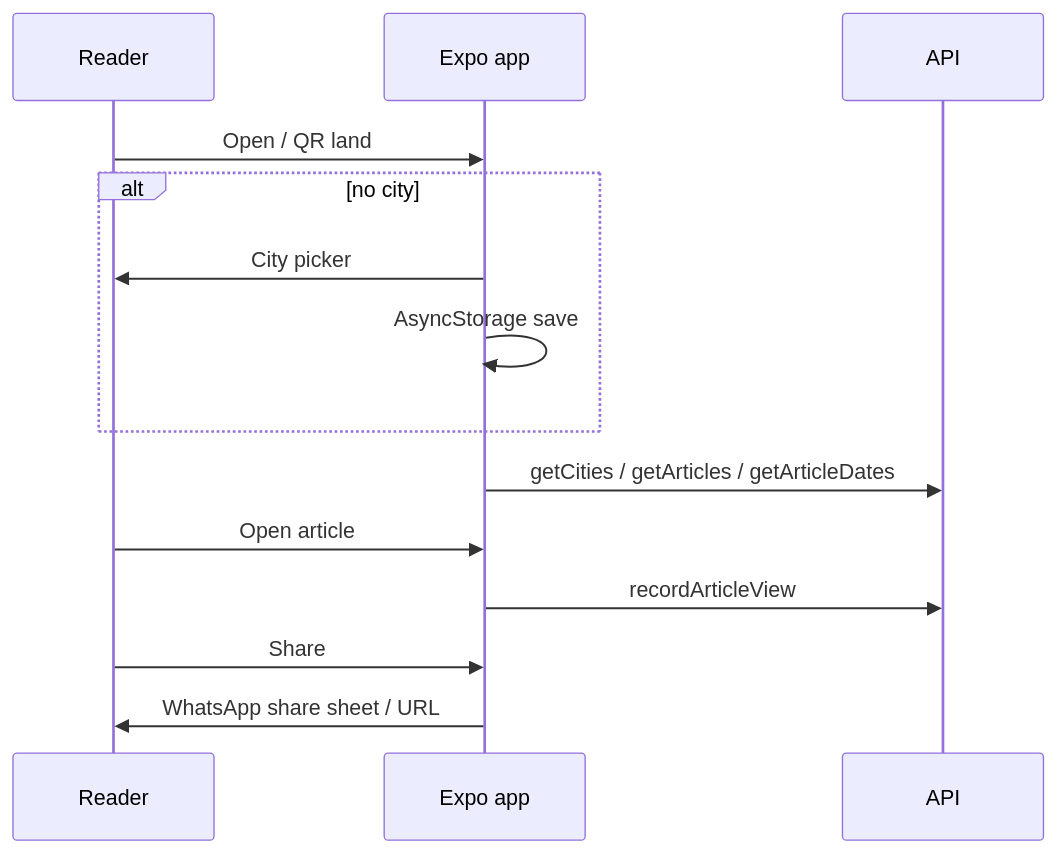
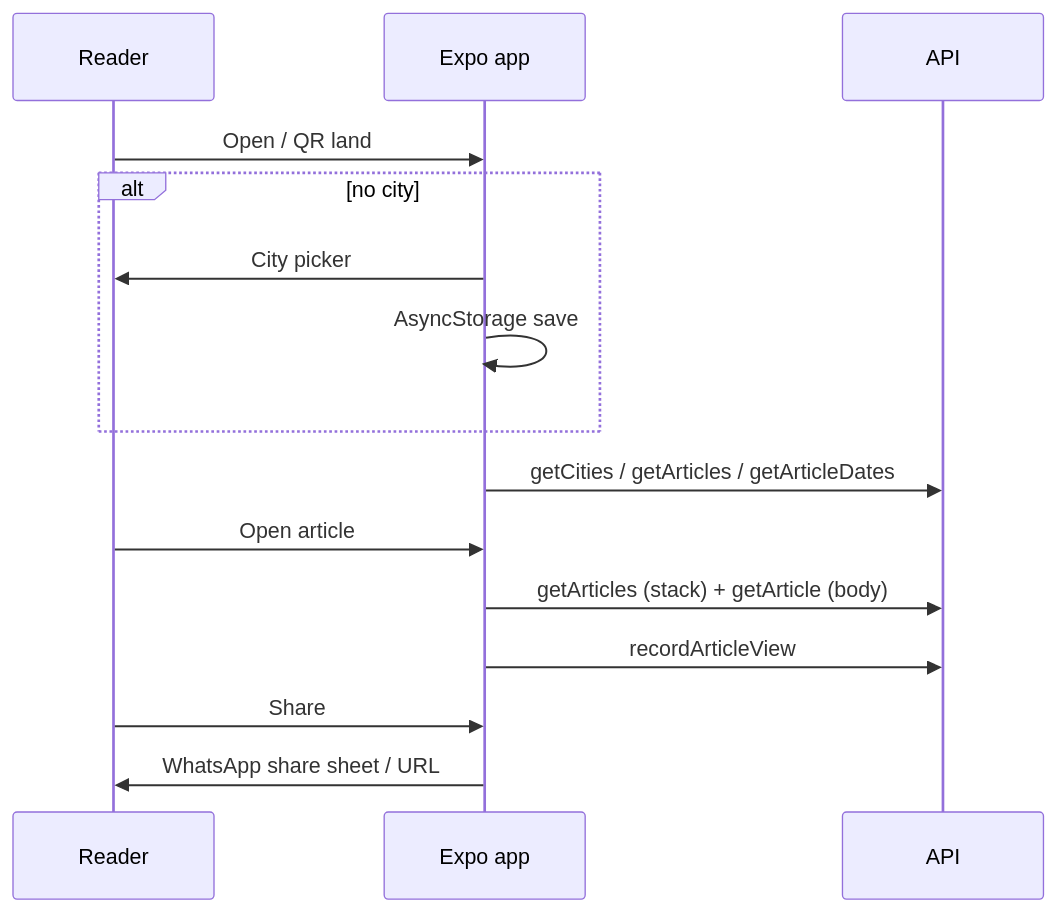
One commit to sshivanshg/TAZAkhabar changed the second of 2 diagrams in docs/architecture/06-reader-app.md. Above: the diagram before and after it, drawn with Mermaid. The commit also changed other lines of this file and 34 other files, not shown here.

First line of the commit message:
feat: store article body and skip Claude on scrape

````diff
--- a/docs/architecture/06-reader-app.md
+++ b/docs/architecture/06-reader-app.md
@@ -57,16 +57,17 @@
 ```mermaid
 sequenceDiagram
   participant U as Reader
   participant App as Expo app
   participant API as API
   U->>App: Open / QR land
   alt no city
     App->>U: City picker
     App->>App: AsyncStorage save
   end
   App->>API: getCities / getArticles / getArticleDates
   U->>App: Open article
+  App->>API: getArticles (stack) + getArticle (body)
   App->>API: recordArticleView
   U->>App: Share
   App->>U: WhatsApp share sheet / URL
 ```
````
